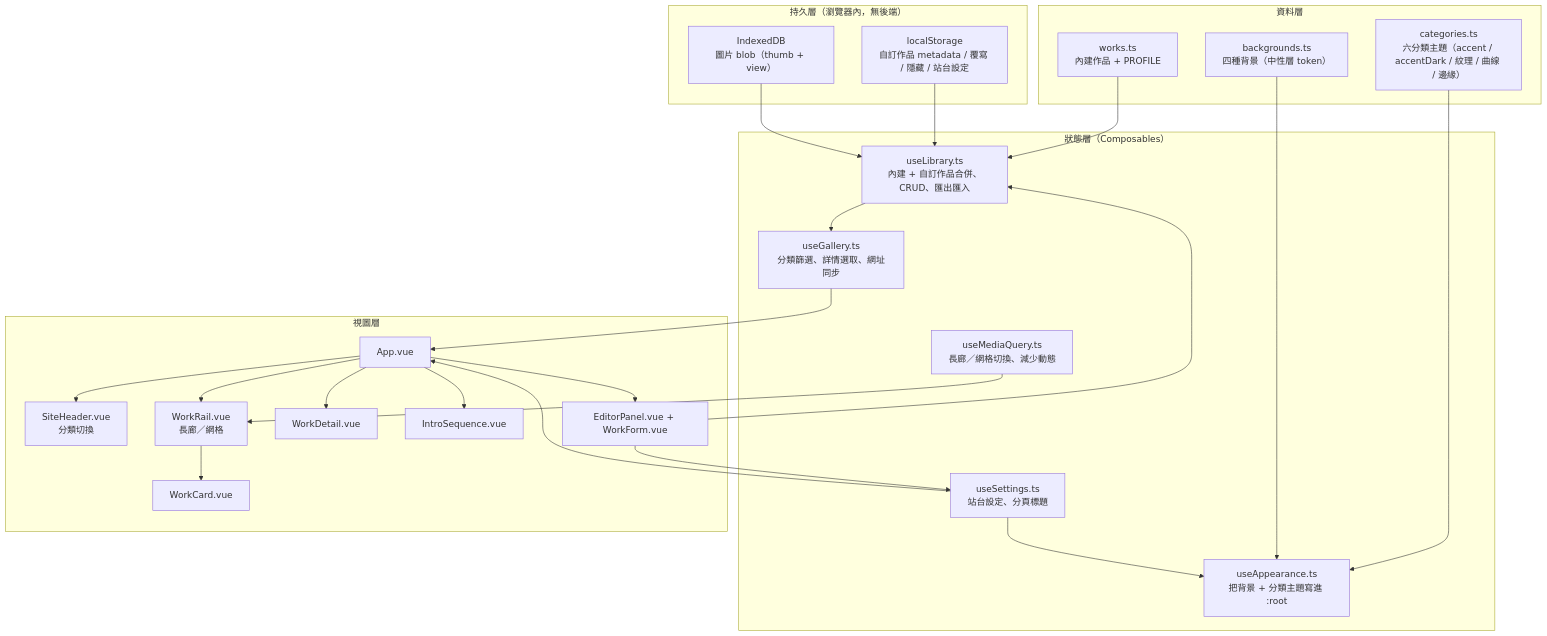
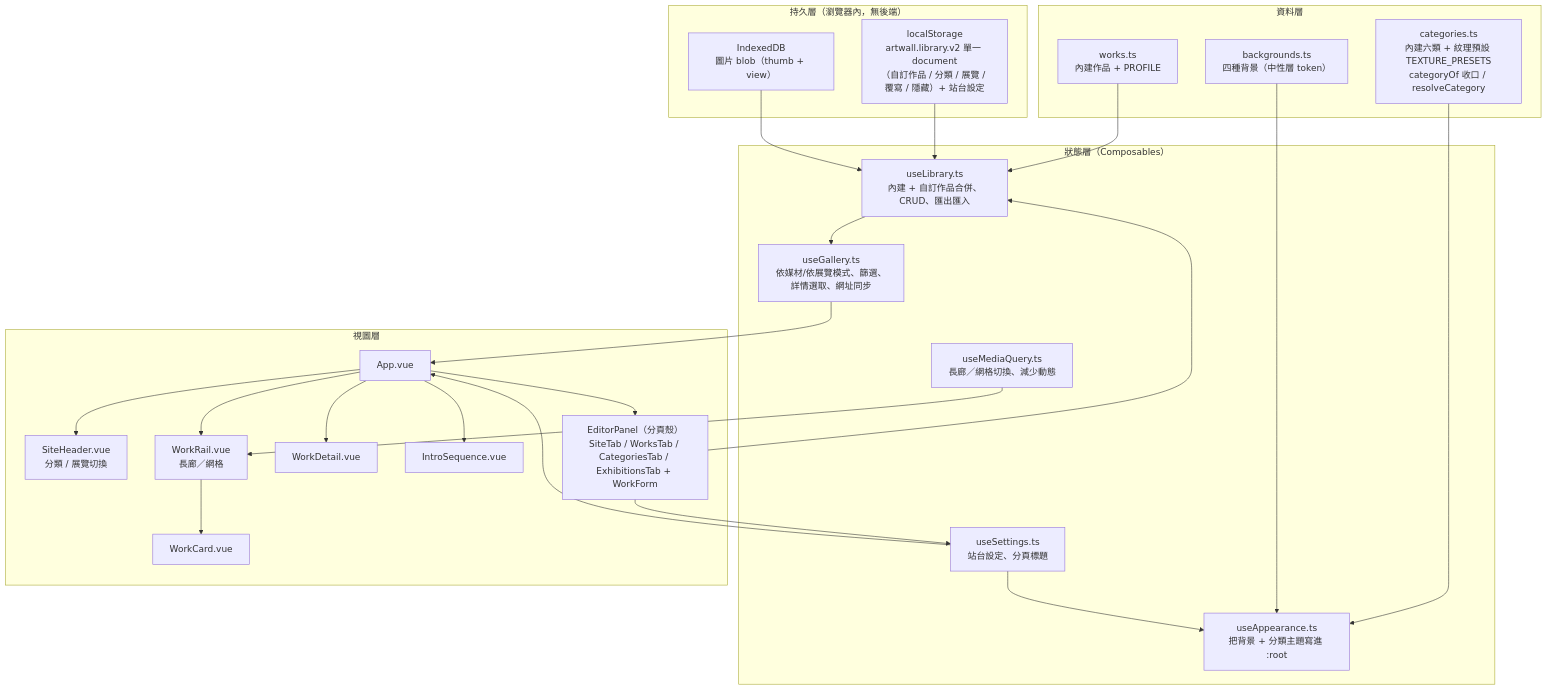
One commit to aliencat0528/maze-portfolio changed the diagram in docs/ARCHITECTURE.md. Above: the diagram before and after it, drawn with Mermaid. The commit also changed other lines of this file and 2 other files, not shown here.

First line of the commit message:
docs(docs): 同步 ARCHITECTURE／README 至 Phase E，版本升 2.2.0

````diff
--- a/docs/ARCHITECTURE.md
+++ b/docs/ARCHITECTURE.md
@@ -5,50 +5,50 @@
 ```mermaid
 flowchart TD
   subgraph data["資料層"]
     W["works.ts<br/>內建作品 + PROFILE"]
-    C["categories.ts<br/>六分類主題（accent / accentDark / 紋理 / 曲線 / 邊緣）"]
+    C["categories.ts<br/>內建六類 + 紋理預設 TEXTURE_PRESETS<br/>categoryOf 收口 / resolveCategory"]
     B["backgrounds.ts<br/>四種背景（中性層 token）"]
   end
 
   subgraph storage["持久層（瀏覽器內，無後端）"]
-    LS["localStorage<br/>自訂作品 metadata / 覆寫 / 隱藏 / 站台設定"]
+    LS["localStorage<br/>artwall.library.v2 單一 document<br/>（自訂作品 / 分類 / 展覽 / 覆寫 / 隱藏）+ 站台設定"]
     IDB["IndexedDB<br/>圖片 blob（thumb + view）"]
   end
 
   subgraph state["狀態層（Composables）"]
     UL["useLibrary.ts<br/>內建 + 自訂作品合併、CRUD、匯出匯入"]
-    UG["useGallery.ts<br/>分類篩選、詳情選取、網址同步"]
+    UG["useGallery.ts<br/>依媒材/依展覽模式、篩選、詳情選取、網址同步"]
     US["useSettings.ts<br/>站台設定、分頁標題"]
     UA["useAppearance.ts<br/>把背景 + 分類主題寫進 :root"]
     UM["useMediaQuery.ts<br/>長廊／網格切換、減少動態"]
   end
 
   subgraph view["視圖層"]
     APP["App.vue"]
-    SH["SiteHeader.vue<br/>分類切換"]
+    SH["SiteHeader.vue<br/>分類 / 展覽切換"]
     WR["WorkRail.vue<br/>長廊／網格"]
     WC["WorkCard.vue"]
     WD["WorkDetail.vue"]
     IS["IntroSequence.vue"]
-    EP["EditorPanel.vue + WorkForm.vue"]
+    EP["EditorPanel（分頁殼）<br/>SiteTab / WorksTab / CategoriesTab / ExhibitionsTab + WorkForm"]
   end
 
   W --> UL
   LS --> UL
   IDB --> UL
   UL --> UG
   C --> UA
   B --> UA
   US --> UA
   UG --> APP
   US --> APP
   UM --> WR
   APP --> SH
   APP --> WR
   APP --> WD
   APP --> IS
   APP --> EP
   WR --> WC
   EP --> UL
   EP --> US
 ```
````
